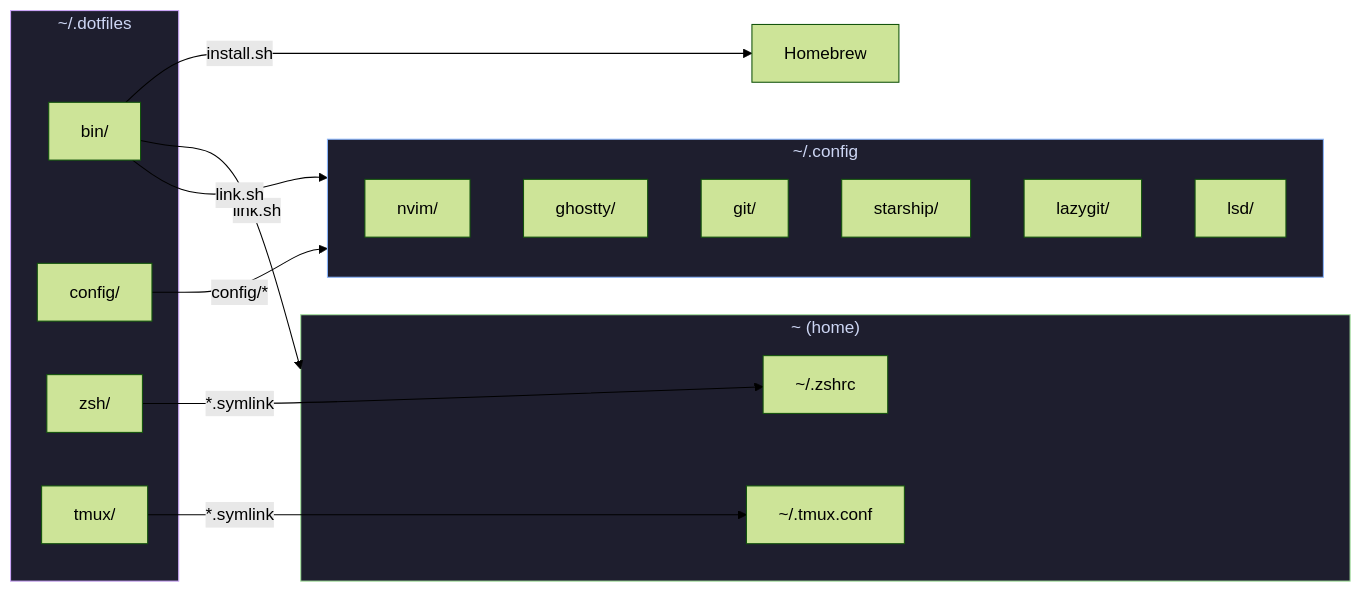
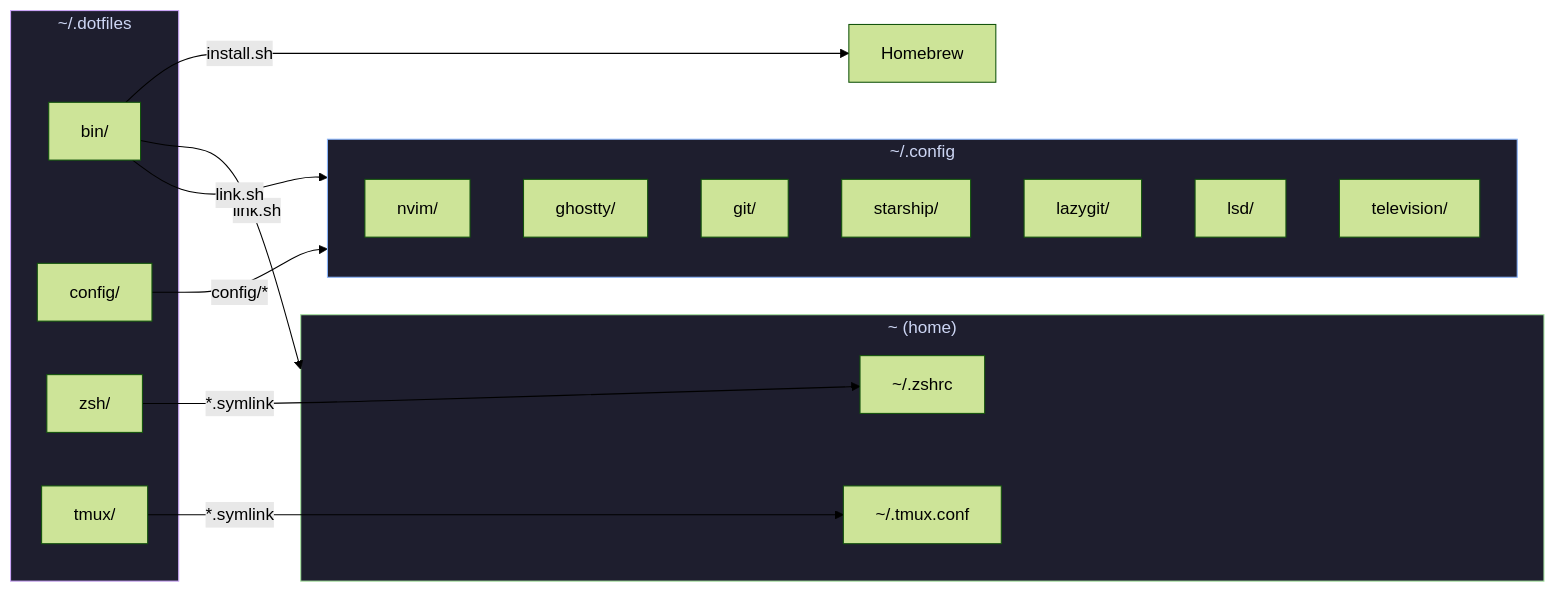
One commit to derekahn/dotfiles changed the second of 4 diagrams in README.md. Above: the diagram before and after it, drawn with Mermaid (forest theme). The commit also changed other lines of this file, not shown here.

First line of the commit message:
docs: sync README with repo, add diagrams and emoji

````diff
--- a/README.md
+++ b/README.md
@@ -32,35 +56,36 @@
 ```mermaid
 graph LR
     subgraph dotfiles["~/.dotfiles"]
         bin["bin/"]
         config["config/"]
         zsh["zsh/"]
         tmux["tmux/"]
     end
 
     subgraph home["~ (home)"]
         zshrc["~/.zshrc"]
         tmuxconf["~/.tmux.conf"]
     end
 
     subgraph dotconfig["~/.config"]
         nvim["nvim/"]
         ghostty["ghostty/"]
         git["git/"]
         starship["starship/"]
         lazygit["lazygit/"]
         lsd["lsd/"]
+        television["television/"]
     end
 
     bin -->|install.sh| Homebrew
     bin -->|link.sh| home
     bin -->|link.sh| dotconfig
 
     zsh -->|"*.symlink"| zshrc
     tmux -->|"*.symlink"| tmuxconf
     config -->|"config/*"| dotconfig
 
     style dotfiles fill:#1e1e2e,stroke:#cba6f7,color:#cdd6f4
     style home fill:#1e1e2e,stroke:#a6e3a1,color:#cdd6f4
     style dotconfig fill:#1e1e2e,stroke:#89b4fa,color:#cdd6f4
 ```
````
